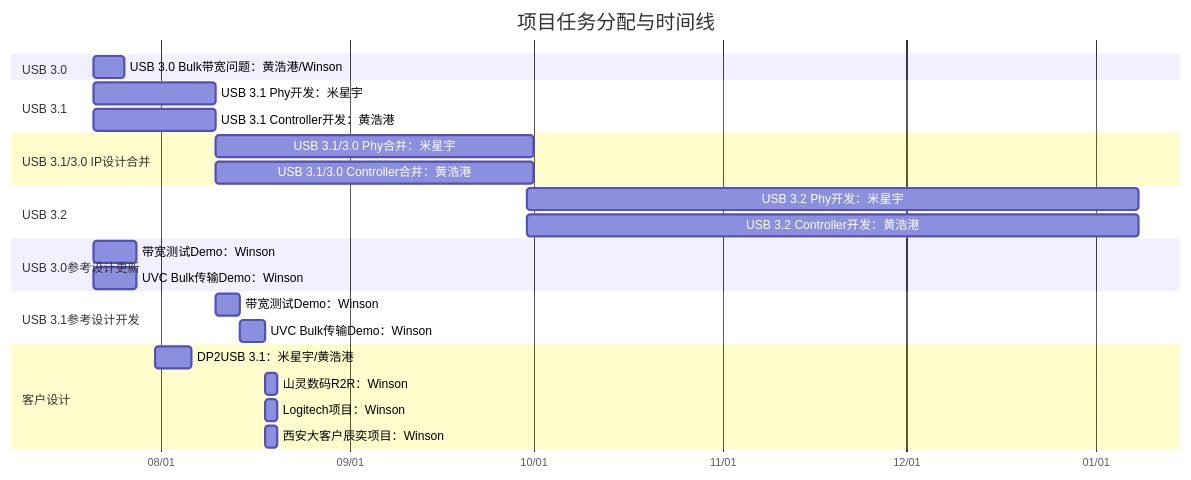
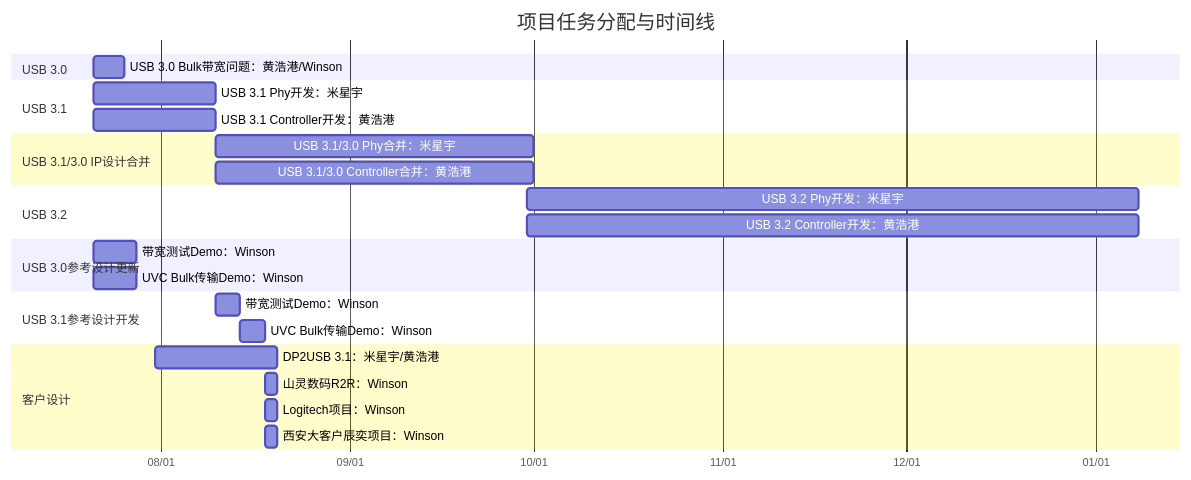
One commit to winsonbook/iodraw-files changed the diagram in all/未命名.md. Above: the diagram before and after it, drawn with Mermaid.

Commit message:
2025-07-21 10:11:28 update

````diff
--- a/all/未命名.md
+++ b/all/未命名.md
@@ -1,35 +1,35 @@
 ```mermaid
 gantt
     title 项目任务分配与时间线
     dateFormat  YYYY-MM-DD
     axisFormat  %m/%d
 
     section USB 3.0
     USB 3.0 Bulk带宽问题：黄浩港/Winson   :    task1, 2025-07-21, 5d
 
     section USB 3.1
     USB 3.1 Phy开发：米星宇      :         task2, 2025-07-21, 20d
     USB 3.1 Controller开发：黄浩港      :  task3, 2025-07-21, 20d
 
     section USB 3.1/3.0 IP设计合并
     USB 3.1/3.0 Phy合并：米星宇       :    task4, 2025-08-10, 52d
     USB 3.1/3.0 Controller合并：黄浩港:    task5, 2025-08-10, 52d
 
     section USB 3.2
     USB 3.2 Phy开发：米星宇      :         task2, 2025-09-30, 100d
     USB 3.2 Controller开发：黄浩港      :  task3, 2025-09-30, 100d
 
     section USB 3.0参考设计更新
     带宽测试Demo：Winson       :         task6, 2025-07-21, 7d
     UVC Bulk传输Demo：Winson   :        task7, 2025-07-21, 7d
 
     section USB 3.1参考设计开发
     带宽测试Demo：Winson       :         task8, 2025-08-10, 4d
     UVC Bulk传输Demo：Winson   :         task9, 2025-08-14, 4d
 
     section 客户设计
-    DP2USB 3.1：米星宇/黄浩港      :task10, 2025-07-31, 6d
+    DP2USB 3.1：米星宇/黄浩港      :task10, 2025-07-31, 20d
     山灵数码R2R：Winson :             task11, 2025-08-18, 2d
     Logitech项目：Winson :            task12, 2025-08-18, 2d
     西安大客户辰奕项目：Winson :       task13, 2025-08-18, 2d
 ```
````
